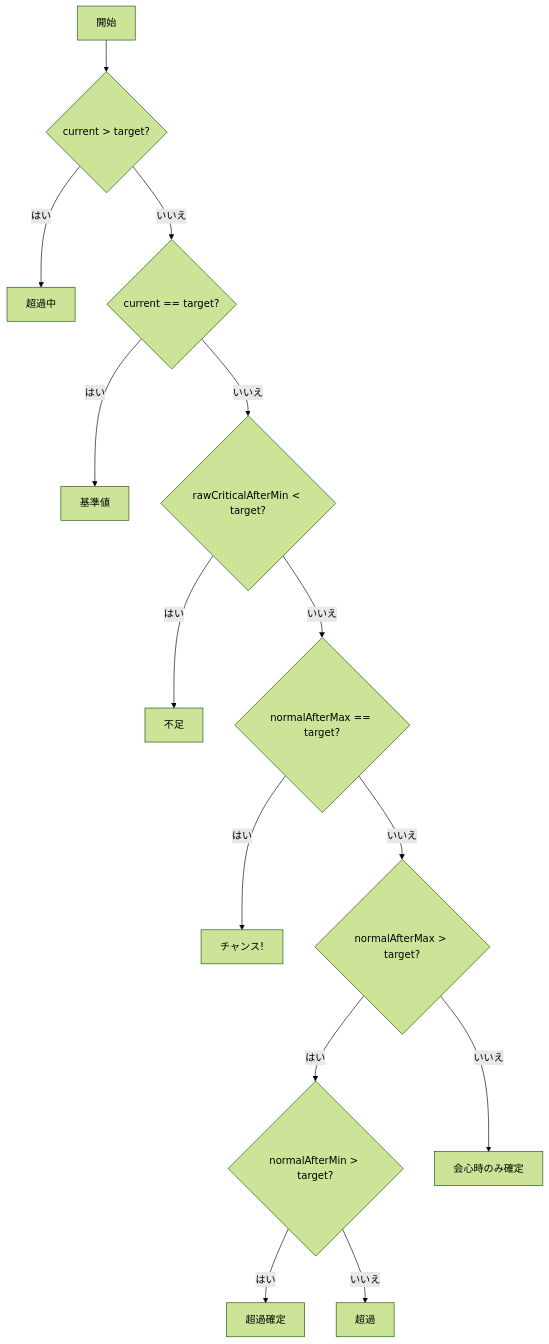
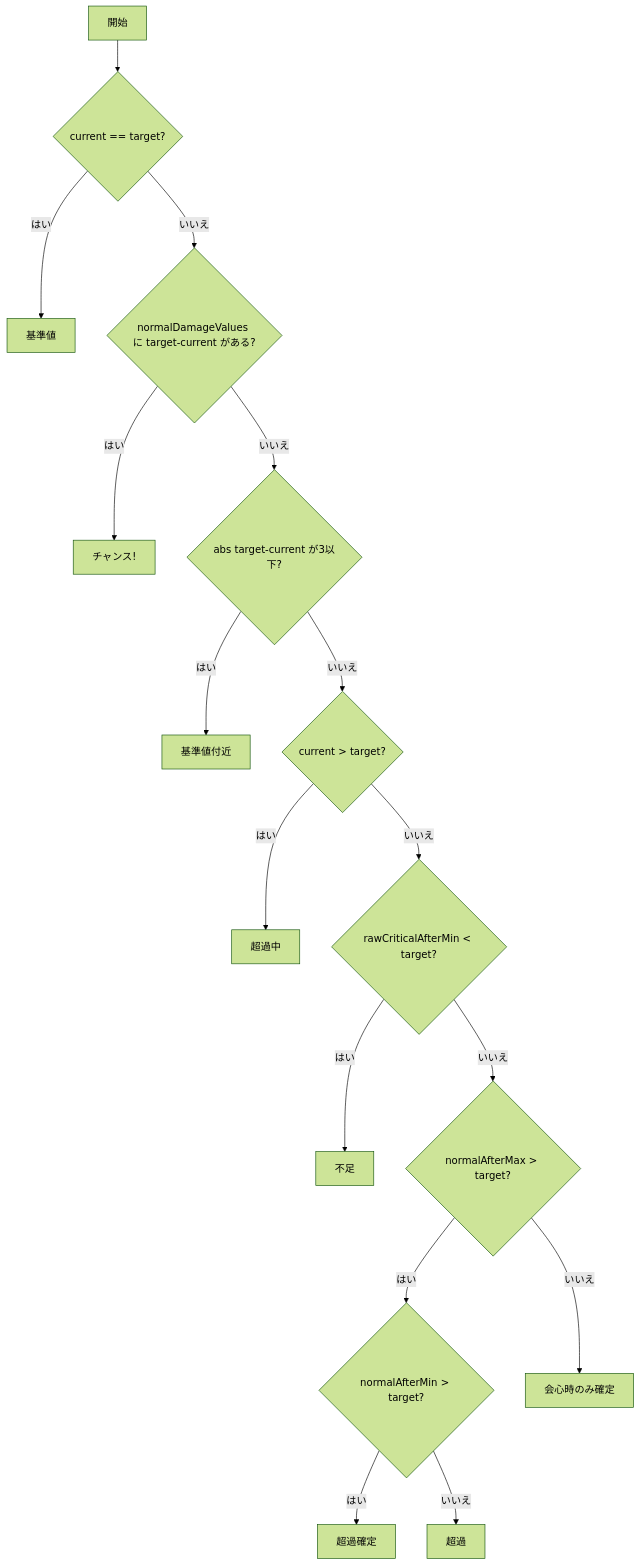
The fourth of 4 diagrams in docs/design/07-judgement-flow.md (kwdch013/crafting_dq10), drawn with Mermaid (forest theme) before and after one commit. The commit also changed other lines of this file and 9 other files, not shown here.

````diff
--- a/docs/design/07-judgement-flow.md
+++ b/docs/design/07-judgement-flow.md
@@ -91,16 +94,18 @@
 ```mermaid
 flowchart TD
-  A[開始] --> B{current > target?}
-  B -->|はい| C[超過中]
-  B -->|いいえ| D{current == target?}
-  D -->|はい| E[基準値]
-  D -->|いいえ| F{rawCriticalAfterMin < target?}
-  F -->|はい| G[不足]
-  F -->|いいえ| H{normalAfterMax == target?}
-  H -->|はい| I[チャンス!]
-  H -->|いいえ| J{normalAfterMax > target?}
-  J -->|はい| K{normalAfterMin > target?}
-  K -->|はい| L[超過確定]
-  K -->|いいえ| M[超過]
-  J -->|いいえ| N[会心時のみ確定]
+  A[開始] --> B{current == target?}
+  B -->|はい| C[基準値]
+  B -->|いいえ| D{normalDamageValues に target-current がある?}
+  D -->|はい| E[チャンス!]
+  D -->|いいえ| F{abs target-current が3以下?}
+  F -->|はい| G[基準値付近]
+  F -->|いいえ| H{current > target?}
+  H -->|はい| I[超過中]
+  H -->|いいえ| J{rawCriticalAfterMin < target?}
+  J -->|はい| K[不足]
+  J -->|いいえ| L{normalAfterMax > target?}
+  L -->|はい| M{normalAfterMin > target?}
+  M -->|はい| N[超過確定]
+  M -->|いいえ| O[超過]
+  L -->|いいえ| P[会心時のみ確定]
 ```
````
